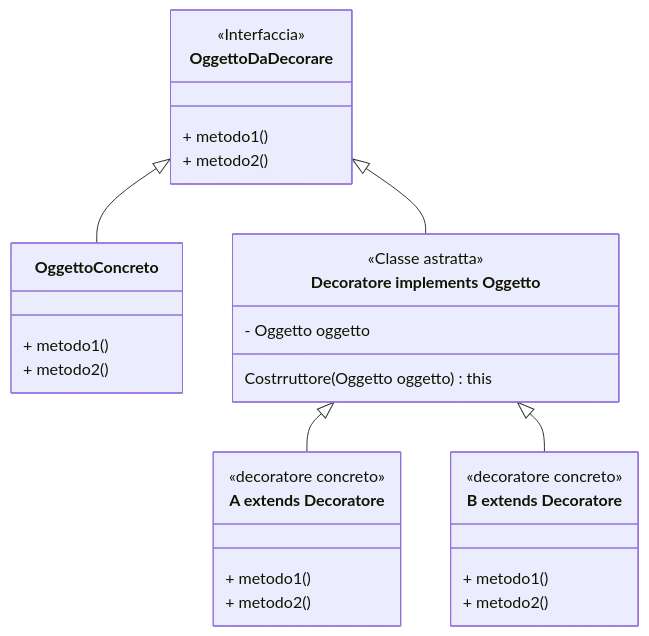
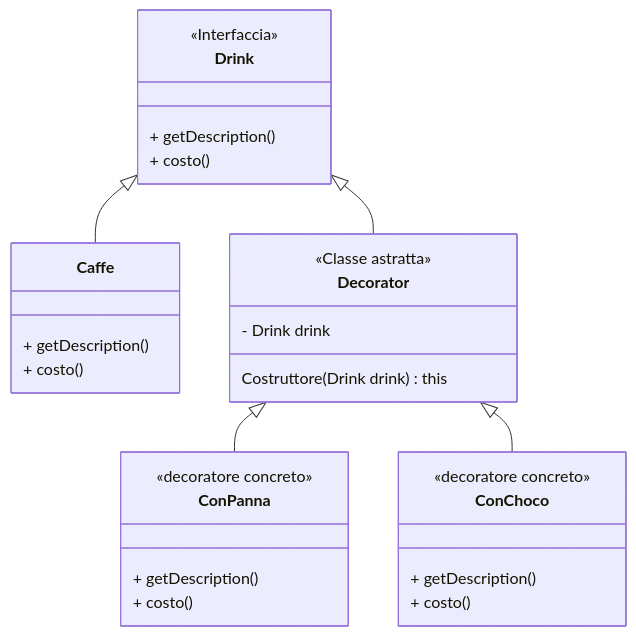
One commit to comarandr/comarandr.github.io changed the eighth of 12 diagrams in universita/oop.md. Above: the diagram before and after it, drawn with Mermaid. The commit also changed other lines of this file and 1 other file, not shown here.

````diff
--- a/universita/oop.md
+++ b/universita/oop.md
@@ -1102,41 +1102,41 @@
 ```mermaid
 ---
 config:
     class:
         hideEmptyMembersBox: true
 ---
 classDiagram
-    class OggettoDaDecorare{
+    class Drink{
         <<Interfaccia>>
-        + metodo1()
-        + metodo2()
+        + getDescription()
+        + costo()
     }
 
-    class OggettoConcreto{
-        + metodo1()
-        + metodo2()
+    class Caffe{
+        + getDescription()
+        + costo()
     }
 
-    class `Decoratore implements Oggetto`{
+    class `Decorator`{
         <<Classe astratta>>
-        - Oggetto oggetto
-        Costrruttore(Oggetto oggetto) this
+        - Drink drink
+        Costruttore(Drink drink) this
     }
 
-    class `A extends Decoratore`{
+    class `ConPanna`{
         <<decoratore concreto>>
-        + metodo1()
-        + metodo2()
+        + getDescription()
+        + costo()
     }
 
-    class `B extends Decoratore`{
+    class `ConChoco`{
         <<decoratore concreto>>
-        + metodo1()
-        + metodo2()
+        + getDescription()
+        + costo()
     }
 
-    OggettoDaDecorare <|-- OggettoConcreto
-    OggettoDaDecorare <|-- `Decoratore implements Oggetto`
-    `Decoratore implements Oggetto` <|-- `A extends Decoratore`
-    `Decoratore implements Oggetto` <|-- `B extends Decoratore`
+    Drink <|-- Caffe
+    Drink <|-- `Decorator`
+    `Decorator` <|-- `ConPanna`
+    `Decorator` <|-- `ConChoco`
 ```
````
